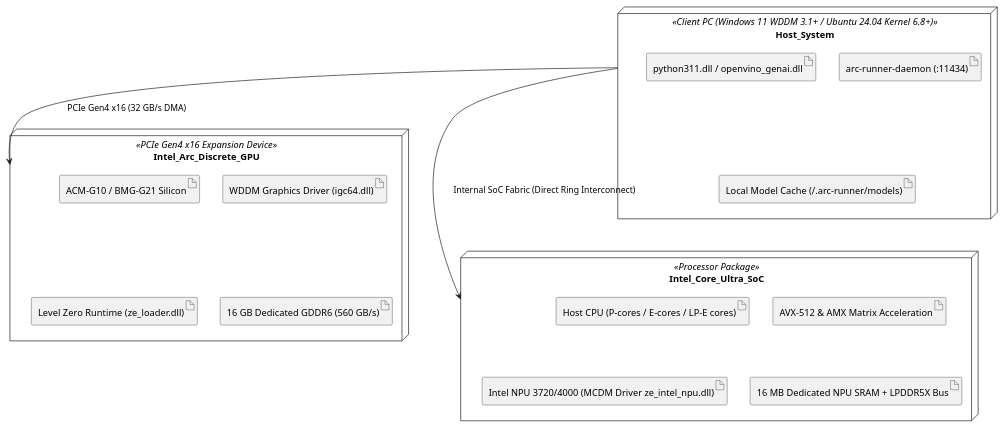
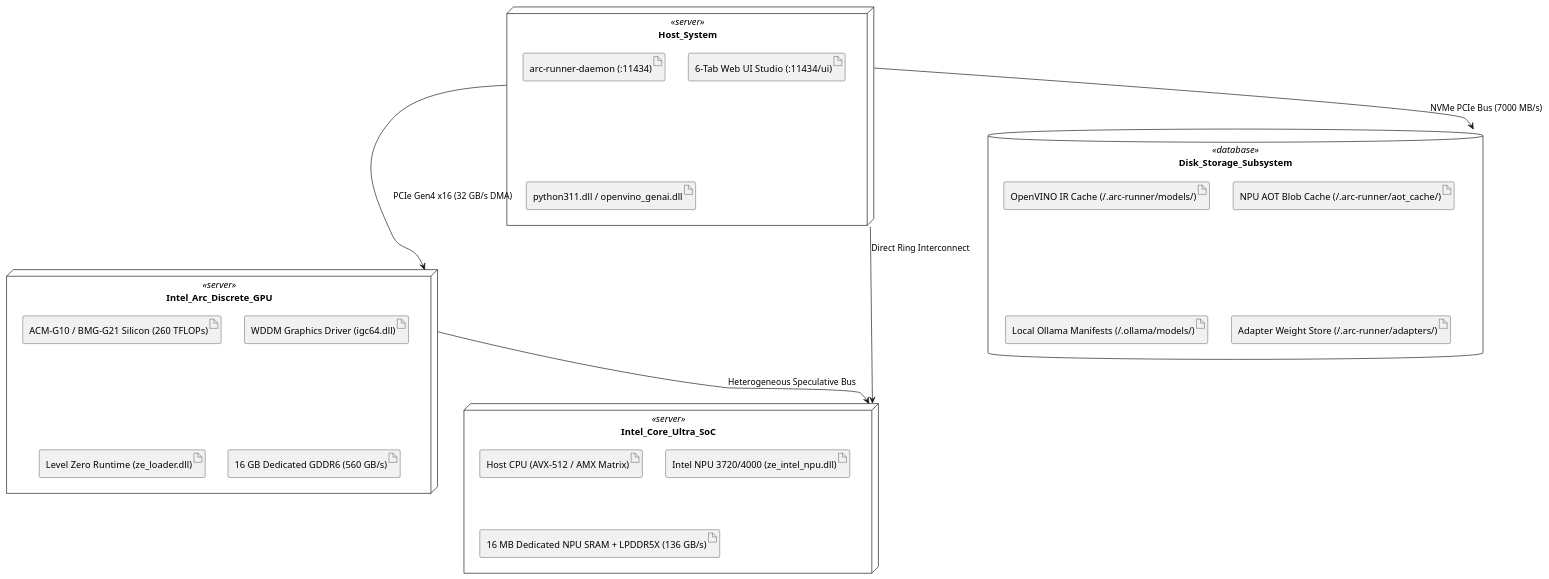
The diagram in uml/deployment_diagram.md (techdeveloper-org/intel-arc-models-runner), drawn with PlantUML before and after one commit. The commit also changed other lines of this file and 27 other files, not shown here.

First line of the commit message:
docs(arch): synchronize 13-diagram SDLC architecture suite and Draw.io models with mathematical proofs (fixes #22)

````diff
--- a/uml/deployment_diagram.md
+++ b/uml/deployment_diagram.md
@@ -5,23 +5,30 @@
 ```plantuml
 @startuml
-node "Host_System" <<Client PC (Windows 11 WDDM 3.1+ / Ubuntu 24.04 Kernel 6.8+)>> as Host_System {
+node "Host_System" <<server>> as Host_System {
   artifact "arc-runner-daemon (:11434)" as Host_System_arc_runner_daemon___11434_
+  artifact "6-Tab Web UI Studio (:11434/ui)" as Host_System_6_Tab_Web_UI_Studio___11434_ui_
   artifact "python311.dll / openvino_genai.dll" as Host_System_python311_dll___openvino_genai_dll
-  artifact "Local Model Cache (~/.arc-runner/models)" as Host_System_Local_Model_Cache_____arc_runner_models_
 }
-node "Intel_Arc_Discrete_GPU" <<PCIe Gen4 x16 Expansion Device>> as Intel_Arc_Discrete_GPU {
-  artifact "ACM-G10 / BMG-G21 Silicon" as Intel_Arc_Discrete_GPU_ACM_G10___BMG_G21_Silicon
+database "Disk_Storage_Subsystem" <<database>> as Disk_Storage_Subsystem {
+  artifact "OpenVINO IR Cache (~/.arc-runner/models/)" as Disk_Storage_Subsystem_OpenVINO_IR_Cache_____arc_runner_models__
+  artifact "NPU AOT Blob Cache (~/.arc-runner/aot_cache/)" as Disk_Storage_Subsystem_NPU_AOT_Blob_Cache_____arc_runner_aot_cache__
+  artifact "Local Ollama Manifests (~/.ollama/models/)" as Disk_Storage_Subsystem_Local_Ollama_Manifests_____ollama_models__
+  artifact "Adapter Weight Store (~/.arc-runner/adapters/)" as Disk_Storage_Subsystem_Adapter_Weight_Store_____arc_runner_adapters__
+}
+node "Intel_Arc_Discrete_GPU" <<server>> as Intel_Arc_Discrete_GPU {
+  artifact "ACM-G10 / BMG-G21 Silicon (260 TFLOPs)" as Intel_Arc_Discrete_GPU_ACM_G10___BMG_G21_Silicon__260_TFLOPs_
   artifact "WDDM Graphics Driver (igc64.dll)" as Intel_Arc_Discrete_GPU_WDDM_Graphics_Driver__igc64_dll_
   artifact "Level Zero Runtime (ze_loader.dll)" as Intel_Arc_Discrete_GPU_Level_Zero_Runtime__ze_loader_dll_
   artifact "16 GB Dedicated GDDR6 (560 GB/s)" as Intel_Arc_Discrete_GPU_16_GB_Dedicated_GDDR6__560_GB_s_
 }
-node "Intel_Core_Ultra_SoC" <<Processor Package>> as Intel_Core_Ultra_SoC {
-  artifact "Host CPU (P-cores / E-cores / LP-E cores)" as Intel_Core_Ultra_SoC_Host_CPU__P_cores___E_cores___LP_E_cores_
-  artifact "AVX-512 & AMX Matrix Acceleration" as Intel_Core_Ultra_SoC_AVX_512___AMX_Matrix_Acceleration
-  artifact "Intel NPU 3720/4000 (MCDM Driver ze_intel_npu.dll)" as Intel_Core_Ultra_SoC_Intel_NPU_3720_4000__MCDM_Driver_ze_intel_npu_dll_
-  artifact "16 MB Dedicated NPU SRAM + LPDDR5X Bus" as Intel_Core_Ultra_SoC_16_MB_Dedicated_NPU_SRAM___LPDDR5X_Bus
+node "Intel_Core_Ultra_SoC" <<server>> as Intel_Core_Ultra_SoC {
+  artifact "Host CPU (AVX-512 / AMX Matrix)" as Intel_Core_Ultra_SoC_Host_CPU__AVX_512___AMX_Matrix_
+  artifact "Intel NPU 3720/4000 (ze_intel_npu.dll)" as Intel_Core_Ultra_SoC_Intel_NPU_3720_4000__ze_intel_npu_dll_
+  artifact "16 MB Dedicated NPU SRAM + LPDDR5X (136 GB/s)" as Intel_Core_Ultra_SoC_16_MB_Dedicated_NPU_SRAM___LPDDR5X__136_GB_s_
 }
+Host_System --> Disk_Storage_Subsystem : NVMe PCIe Bus (7000 MB/s)
 Host_System --> Intel_Arc_Discrete_GPU : PCIe Gen4 x16 (32 GB/s DMA)
-Host_System --> Intel_Core_Ultra_SoC : Internal SoC Fabric (Direct Ring Interconnect)
+Host_System --> Intel_Core_Ultra_SoC : Direct Ring Interconnect
+Intel_Arc_Discrete_GPU --> Intel_Core_Ultra_SoC : Heterogeneous Speculative Bus
 @enduml
 ```
````
